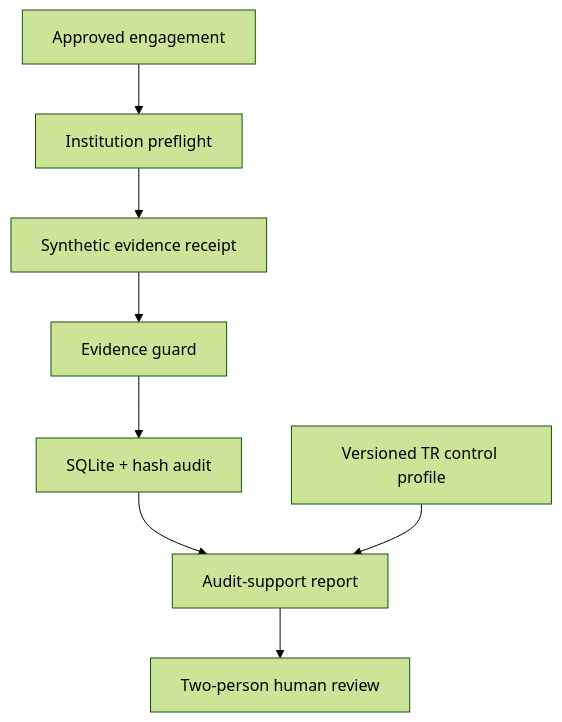
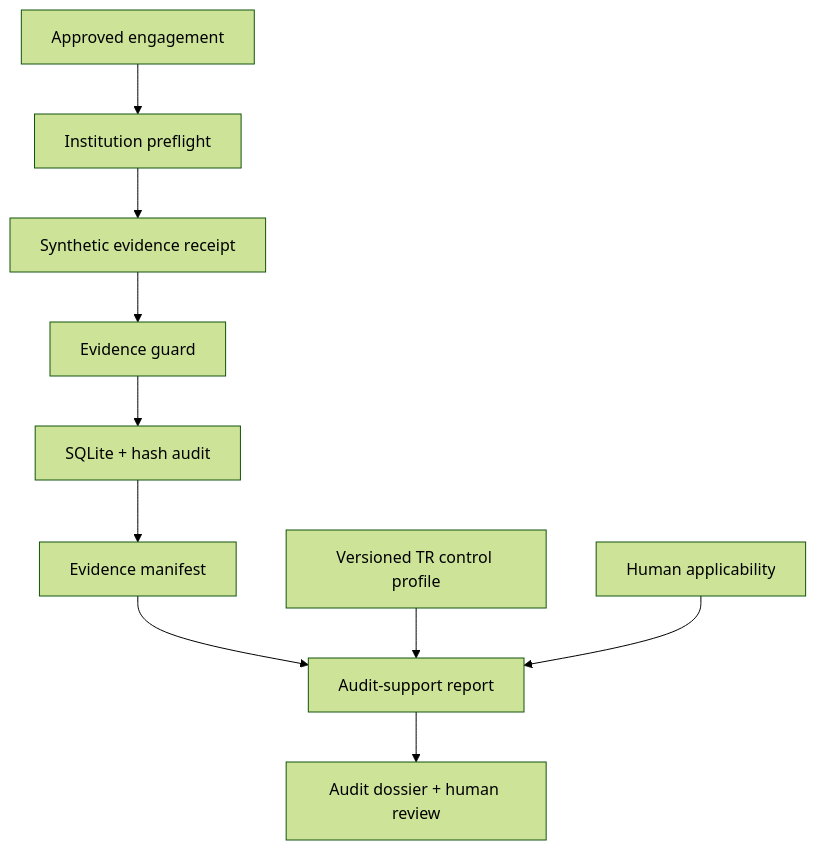
One commit to bilgekayali/finredops changed the second of 2 diagrams in docs/ARCHITECTURE.md. Above: the diagram before and after it, drawn with Mermaid (forest theme). The commit also changed other lines of this file and 43 other files, not shown here.

First line of the commit message:
feat: add v0.3 audit dossier and TSE assurance

````diff
--- a/docs/ARCHITECTURE.md
+++ b/docs/ARCHITECTURE.md
@@ -68,10 +76,12 @@
 ```mermaid
 flowchart TD
     E["Approved engagement"] --> P["Institution preflight"]
     P --> A["Synthetic evidence receipt"]
     A --> G["Evidence guard"]
     G --> S["SQLite + hash audit"]
-    S --> R["Audit-support report"]
+    S --> M["Evidence manifest"]
+    M --> R["Audit-support report"]
     C["Versioned TR control profile"] --> R
-    R --> H["Two-person human review"]
+    APL["Human applicability"] --> R
+    R --> H["Audit dossier + human review"]
 ```
````
